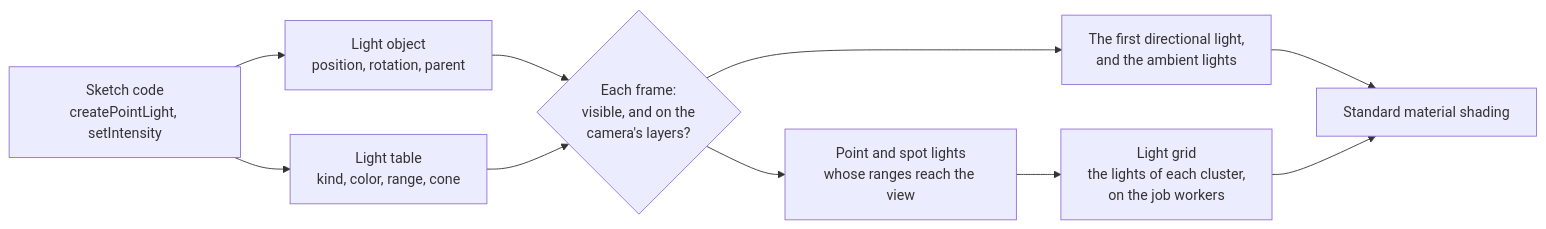
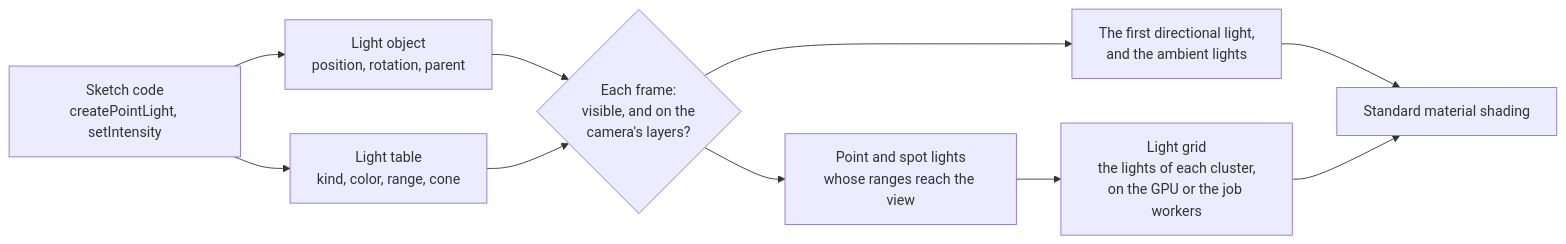
Before and after one commit to null3d-engine/null3d: the first of 2 diagrams in docs/concepts/lighting.md, drawn with Mermaid. The commit also changed other lines of this file and 17 other files, not shown here.

````diff
--- a/docs/concepts/lighting.md
+++ b/docs/concepts/lighting.md
@@ -13,12 +13,12 @@
 ```mermaid
 flowchart LR
     sketch["Sketch code<br/>createPointLight, setIntensity"] --> object["Light object<br/>position, rotation, parent"]
     sketch --> table["Light table<br/>kind, color, range, cone"]
     object --> frame{"Each frame:<br/>visible, and on the<br/>camera's layers?"}
     table --> frame
     frame --> main["The first directional light,<br/>and the ambient lights"]
     frame --> list["Point and spot lights<br/>whose ranges reach the view"]
-    list --> grid["Light grid<br/>the lights of each cluster,<br/>on the job workers"]
+    list --> grid["Light grid<br/>the lights of each cluster,<br/>on the GPU or the job workers"]
     main --> shading["Standard material shading"]
     grid --> shading
 ```
````
